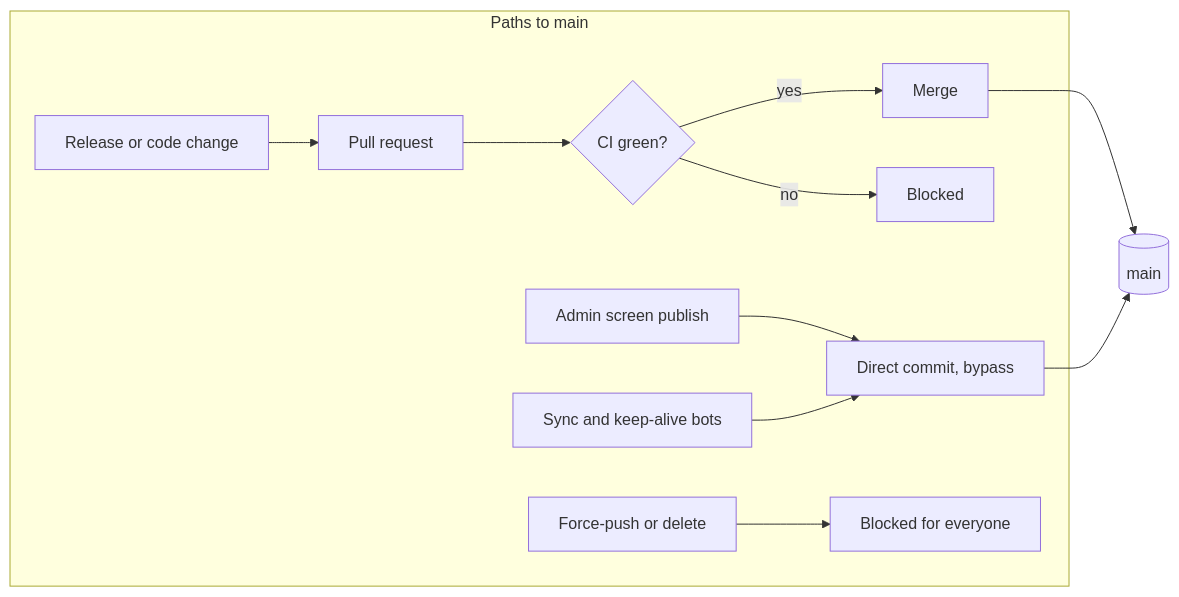
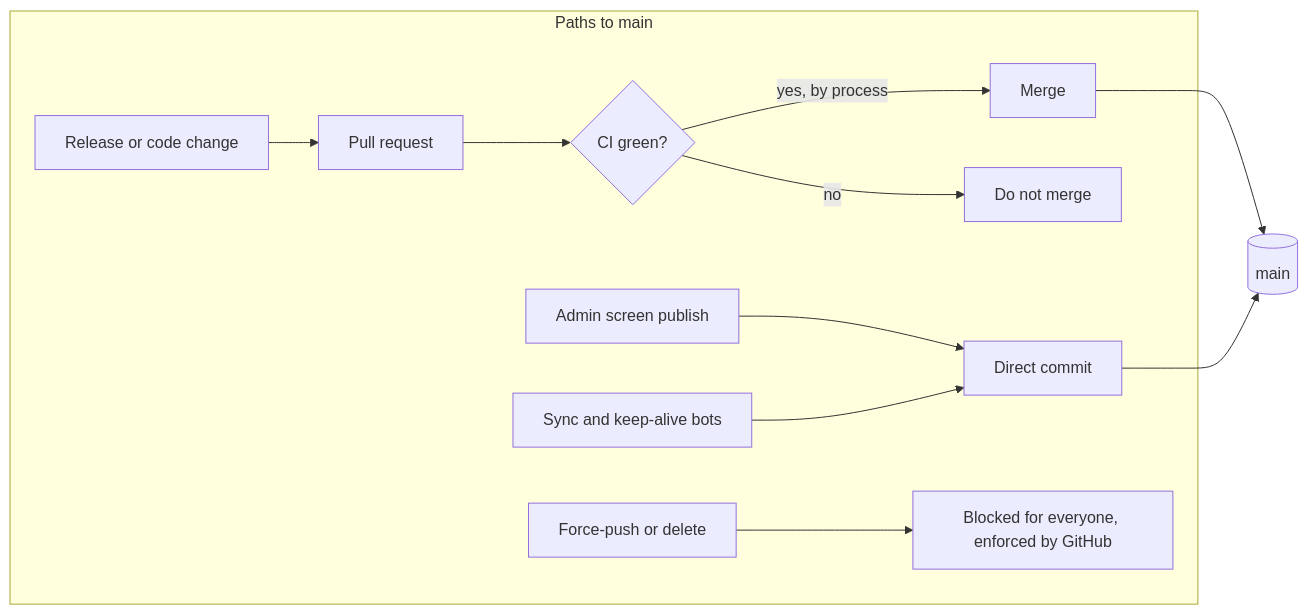
Diagram 15 of 16 in docs/design.md (debasisr66/studio), drawn with Mermaid before and after one commit. The commit also changed other lines of this file and 10 other files, not shown here.

````diff
--- a/docs/design.md
+++ b/docs/design.md
@@ -523,13 +521,13 @@
 ```mermaid
 flowchart LR
   subgraph Paths to main
     A[Release or code change] --> PR[Pull request] --> CI{CI green?}
-    CI -- yes --> M[Merge]
-    CI -- no --> X1[Blocked]
-    B[Admin screen publish] --> D[Direct commit, bypass]
+    CI -- yes, by process --> M[Merge]
+    CI -- no --> X1[Do not merge]
+    B[Admin screen publish] --> D[Direct commit]
     C[Sync and keep-alive bots] --> D
-    E[Force-push or delete] --> X2[Blocked for everyone]
+    E[Force-push or delete] --> X2[Blocked for everyone, enforced by GitHub]
   end
   M --> Main[(main)]
   D --> Main
 ```
````
